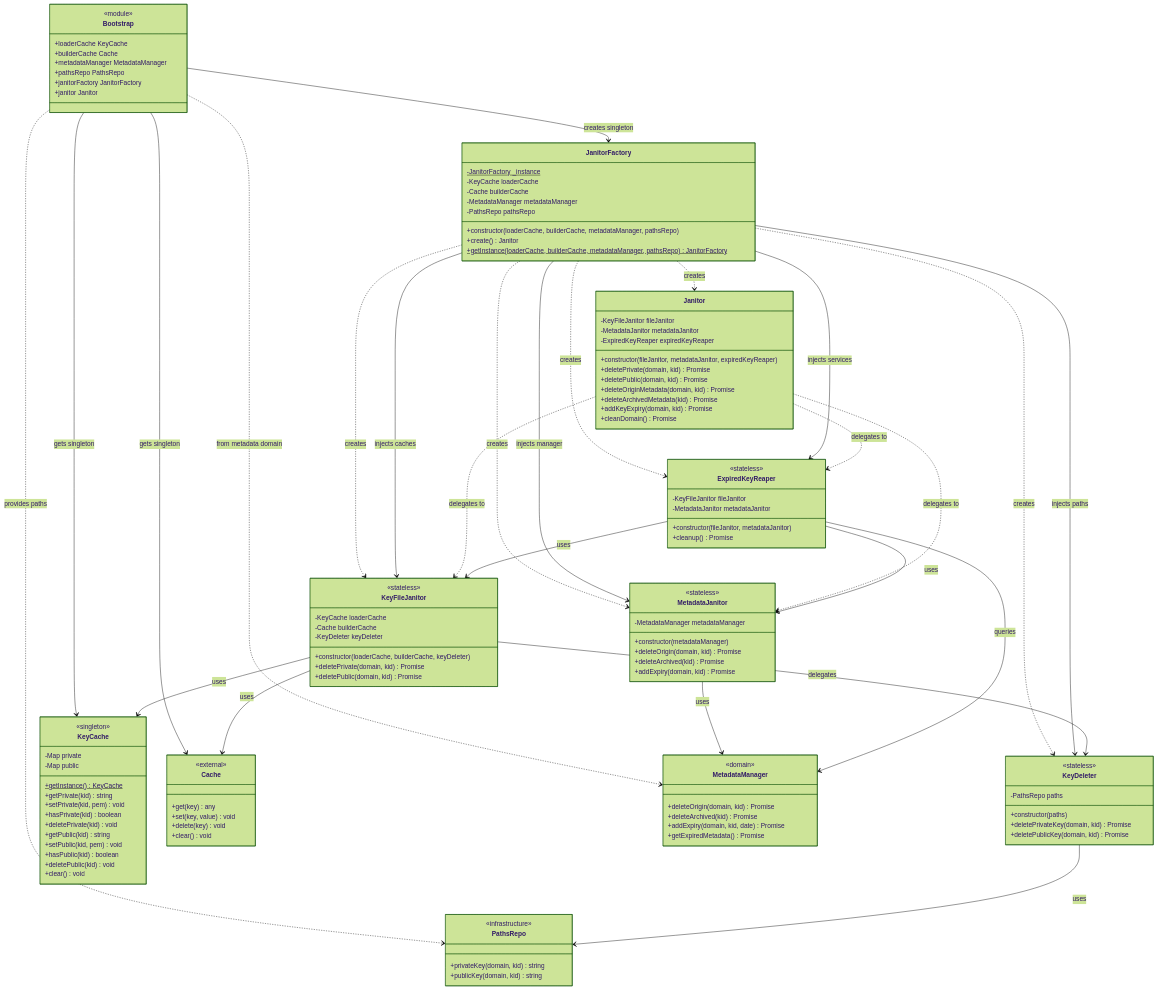
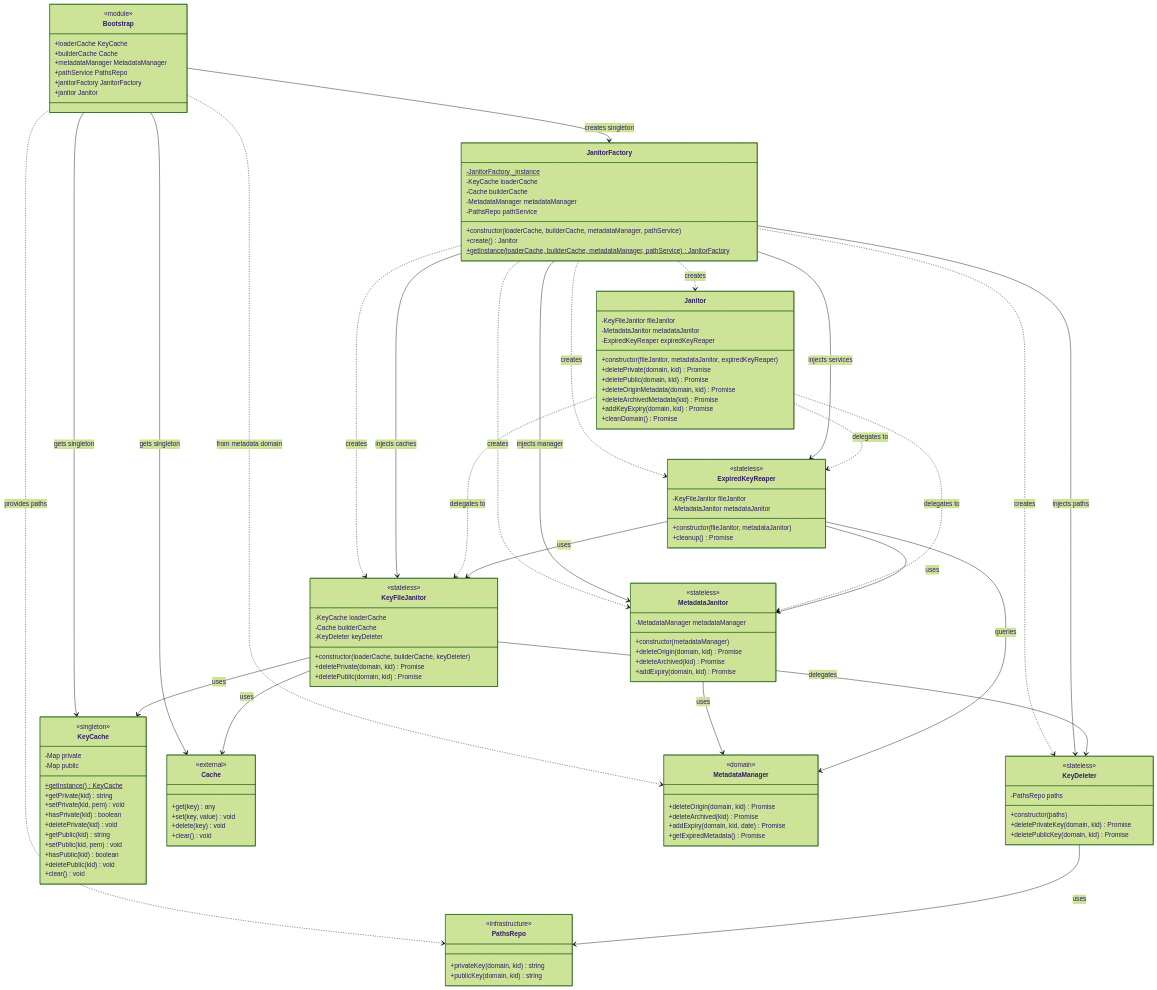
Before and after one commit to itsGurdevSingh/vault: the second of 7 diagrams in docs/generated/domain/key-manager/janitor/structure.md, drawn with Mermaid (forest theme). The commit also changed other lines of this file and 17 other files, not shown here.

First line of the commit message:
refactor: rename pathsRepo to pathService and update related references

```diff
--- a/docs/generated/domain/key-manager/janitor/structure.md
+++ b/docs/generated/domain/key-manager/janitor/structure.md
@@ -330,7 +330,7 @@
         +loaderCache KeyCache
         +builderCache Cache
         +metadataManager MetadataManager
-        +pathsRepo PathsRepo
+        +pathService PathsRepo
         +janitorFactory JanitorFactory
         +janitor Janitor
     }
@@ -341,10 +341,10 @@
         -KeyCache loaderCache
         -Cache builderCache
         -MetadataManager metadataManager
-        -PathsRepo pathsRepo
-        +constructor(loaderCache, builderCache, metadataManager, pathsRepo)
+        -PathsRepo pathService
+        +constructor(loaderCache, builderCache, metadataManager, pathService)
         +create() Janitor
-        +getInstance(loaderCache, builderCache, metadataManager, pathsRepo)$ JanitorFactory
+        +getInstance(loaderCache, builderCache, metadataManager, pathService)$ JanitorFactory
     }
 
     %% Domain - Aggregate Root
```
